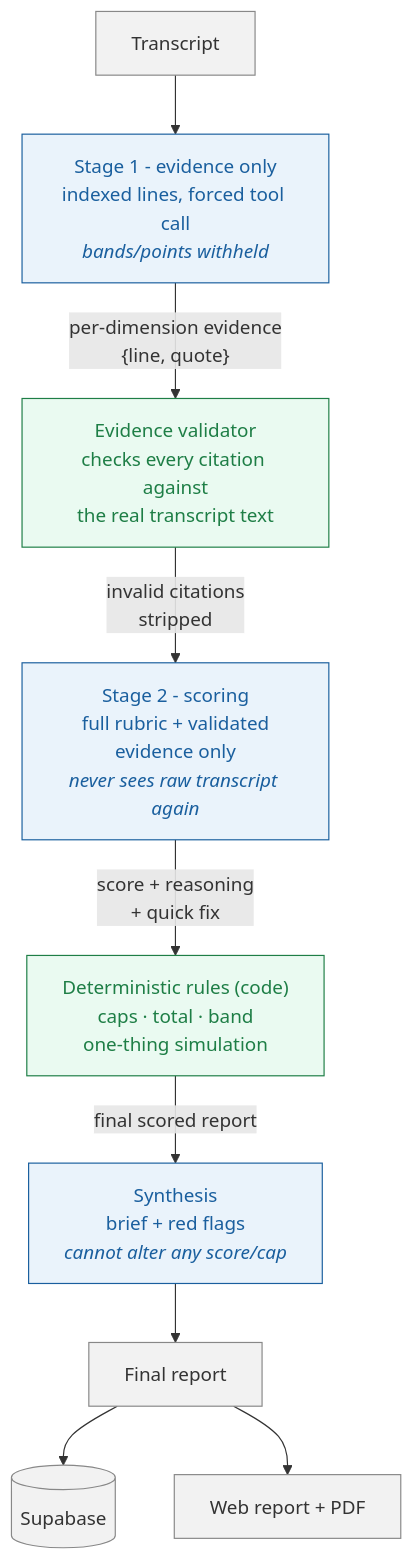
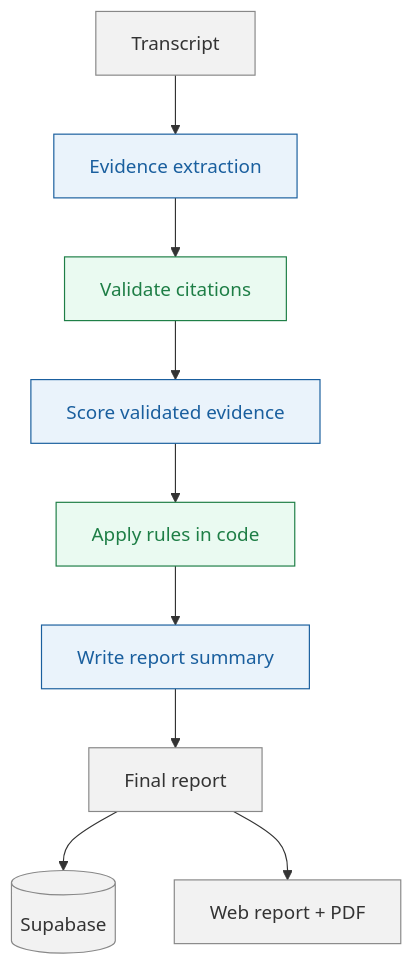
One commit to stefan-vrecic/call-scorer changed the diagram in README.md. Above: the diagram before and after it, drawn with Mermaid. The commit also changed other lines of this file, not shown here.

````diff
--- a/README.md
+++ b/README.md
@@ -10,19 +10,18 @@
 ```mermaid
 flowchart TD
-    T["Transcript"] --> S1
-    S1["Stage 1 - evidence only<br/>indexed lines, forced tool call<br/><i>bands/points withheld</i>"] -->|"per-dimension evidence<br/>{line, quote}"| EV
-    EV["Evidence validator<br/>checks every citation against<br/>the real transcript text"] -->|"invalid citations<br/>stripped"| S2
-    S2["Stage 2 - scoring<br/>full rubric + validated<br/>evidence only<br/><i>never sees raw transcript again</i>"] -->|"score + reasoning<br/>+ quick fix"| DR
-    DR["Deterministic rules (code)<br/>caps · total · band<br/>one-thing simulation"] -->|"final scored report"| SY
-    SY["Synthesis<br/>brief + red flags<br/><i>cannot alter any score/cap</i>"] --> R
-
-    R["Final report"] --> DB[("Supabase")]
-    R --> UI["Web report + PDF"]
+    T[Transcript] --> E[Evidence extraction]
+    E --> V[Validate citations]
+    V --> S[Score validated evidence]
+    S --> R[Apply rules in code]
+    R --> Y[Write report summary]
+    Y --> F[Final report]
+    F --> DB[(Supabase)]
+    F --> O[Web report + PDF]
 
     classDef llm fill:#eaf3fb,stroke:#1a5f9e,color:#1a5f9e;
     classDef code fill:#eafaf1,stroke:#1e7e46,color:#1e7e46;
     classDef data fill:#f2f2f2,stroke:#888,color:#333;
-    class S1,S2,SY llm;
-    class EV,DR code;
-    class T,R,DB,UI data;
+    class E,S,Y llm;
+    class V,R code;
+    class T,F,DB,O data;
 ```
````
